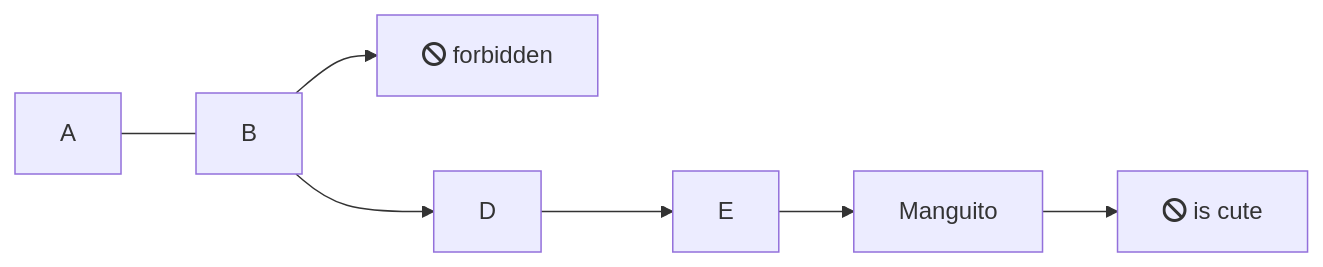
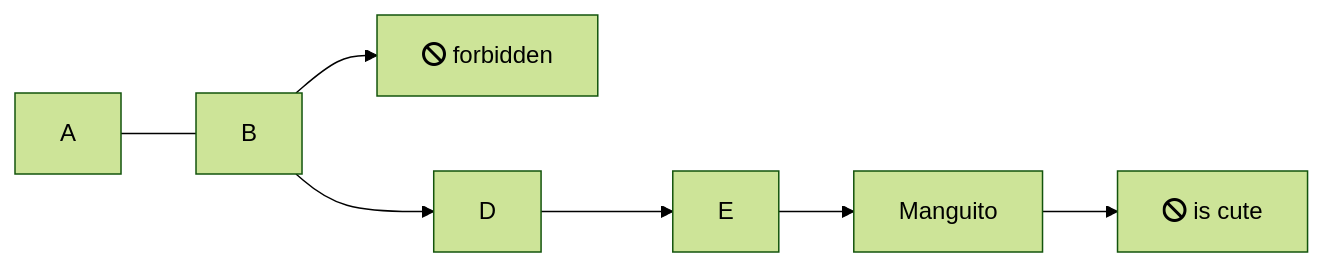
The first of 2 diagrams in docs/guide.md (bobbykim89/docsify-practice), drawn with Mermaid before and after one commit. The commit also changed other lines of this file and 1 other file, not shown here.

Commit message:
change theme to dark theme

````diff
--- a/docs/guide.md
+++ b/docs/guide.md
@@ -9,8 +9,9 @@
 ```mermaid
+%%{init: {'securityLevel': 'loose', 'theme': 'forest'}}%%
 graph LR
     A --- B
     B-->C[fa:fa-ban forbidden]
     B-->D
     D-->E-->Manguito
     Manguito-->F[fa:fa-ban is cute]
 ```
````
